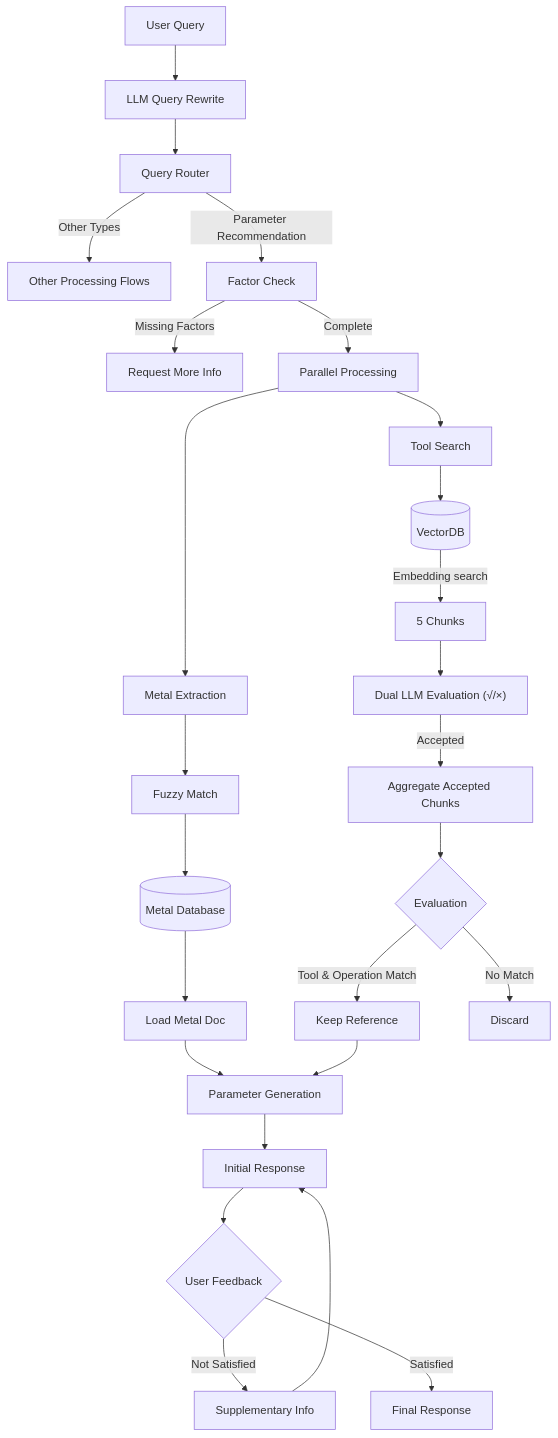
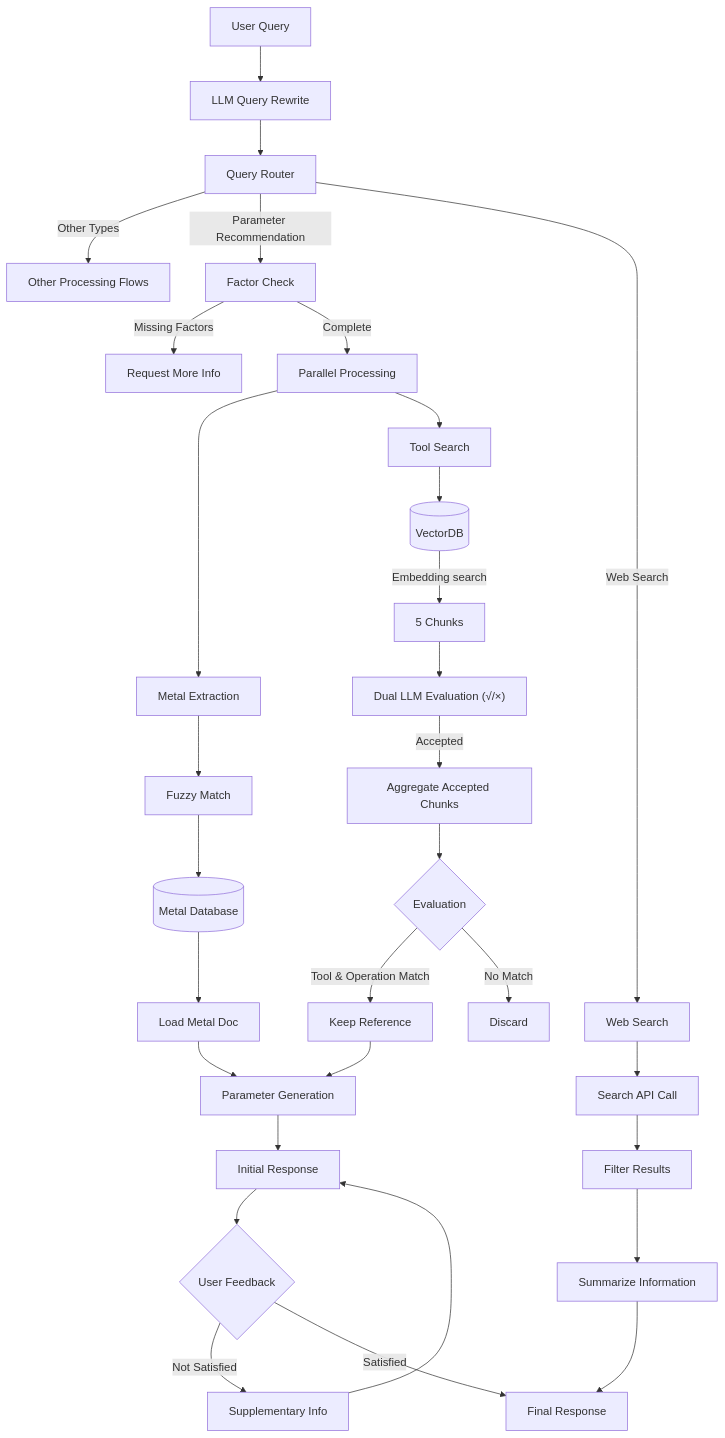
One commit to Dennis-Pang/LLM4manufacturing changed the diagram in backend/README.md. Above: the diagram before and after it, drawn with Mermaid. The commit also changed other lines of this file, not shown here.

````diff
--- a/backend/README.md
+++ b/backend/README.md
@@ -17,39 +17,45 @@
 ```mermaid
 flowchart TD
     %% Initial Query Processing
     Start[User Query] --> LLM1[LLM Query Rewrite]
     LLM1 --> Router[Query Router]
     Router --> |Other Types| Other[Other Processing Flows]
     Router --> |Parameter Recommendation| B[Factor Check]
+    Router --> |Web Search| WebSearch[Web Search]
+    
+    WebSearch --> WebAPI[Search API Call]
+    WebAPI --> WebResults[Filter Results]
+    WebResults --> WebSummary[Summarize Information]
+    WebSummary --> X[Final Response]
     
     B -->|Missing Factors| C[Request More Info]
     B -->|Complete| D[Parallel Processing]
     
     %% Metal Processing Branch
     D --> F[Metal Extraction]
     F --> G[Fuzzy Match]
     G --> H[(Metal Database)]
     H --> I[Load Metal Doc]
     
     %% Tool Processing Branch
     D --> J[Tool Search]
     J --> K[(VectorDB)]
     
     %% Chunk Processing
     K -- Embedding search --> L[5 Chunks]
     L --> M["Dual LLM Evaluation (√/×)"]
     M -- Accepted --> N[Aggregate Accepted Chunks]
     N --> Q{Evaluation}
     Q -->|Tool & Operation Match| R[Keep Reference]
     Q -->|No Match| S[Discard]
     
     %% Parameter Generation and Response
     I --> T[Parameter Generation]
     R --> T
     T --> U[Initial Response]
     U --> V{User Feedback}
     V -->|Not Satisfied| W[Supplementary Info]
     W --> U
     V -->|Satisfied| X[Final Response]
 
 ```
````
